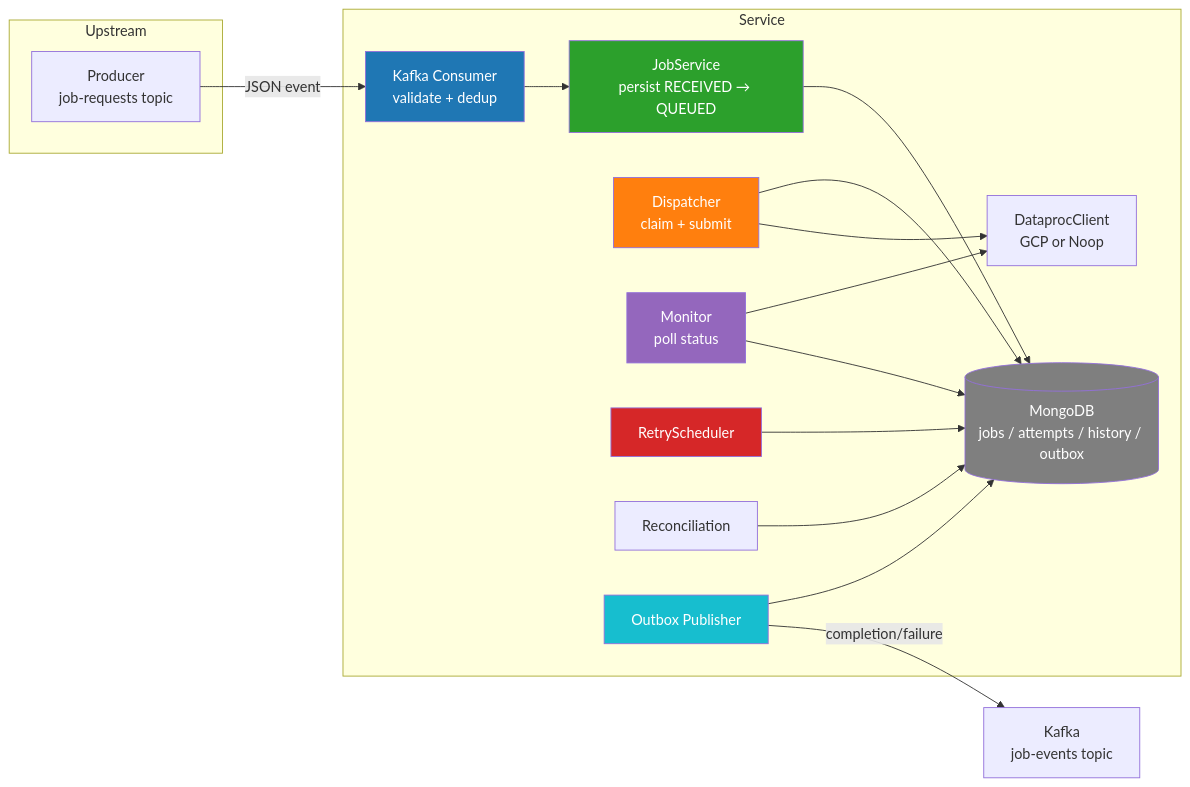
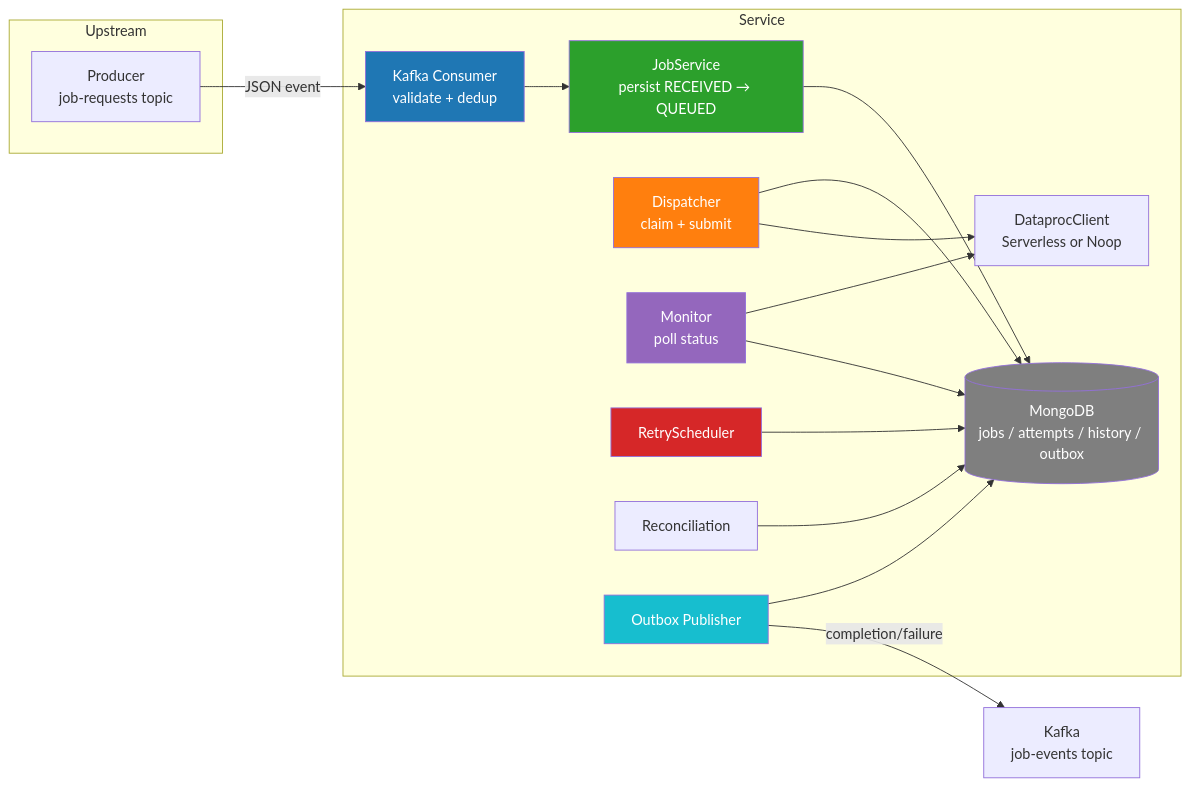
The first of 3 diagrams in docs/architecture.md (vanchasrujankumar/data-job-orchestrator), drawn with Mermaid before and after one commit. The commit also changed other lines of this file and 16 other files, not shown here.

First line of the commit message:
feat: switch to Dataproc Serverless as the only GCP execution model

````diff
--- a/docs/architecture.md
+++ b/docs/architecture.md
@@ -5,29 +5,29 @@
 ```mermaid
 flowchart LR
     subgraph Upstream
         P[Producer<br/>job-requests topic]
     end
 
     subgraph Service
         C[Kafka Consumer<br/>validate + dedup] --> S[JobService<br/>persist RECEIVED → QUEUED]
         S --> DB[(MongoDB<br/>jobs / attempts / history / outbox)]
         D[Dispatcher<br/>claim + submit] --> DB
-        D --> G[DataprocClient<br/>GCP or Noop]
+        D --> G[DataprocClient<br/>Serverless or Noop]
         M[Monitor<br/>poll status] --> G
         M --> DB
         R[RetryScheduler] --> DB
         RC[Reconciliation] --> DB
         O[Outbox Publisher] --> DB
     end
 
     P -->|JSON event| C
     O -->|completion/failure| K[Kafka<br/>job-events topic]
 
     style C fill:#1f77b4,color:#fff
     style S fill:#2ca02c,color:#fff
     style D fill:#ff7f0e,color:#fff
     style M fill:#9467bd,color:#fff
     style R fill:#d62728,color:#fff
     style O fill:#17becf,color:#fff
     style DB fill:#7f7f7f,color:#fff
 ```
````
